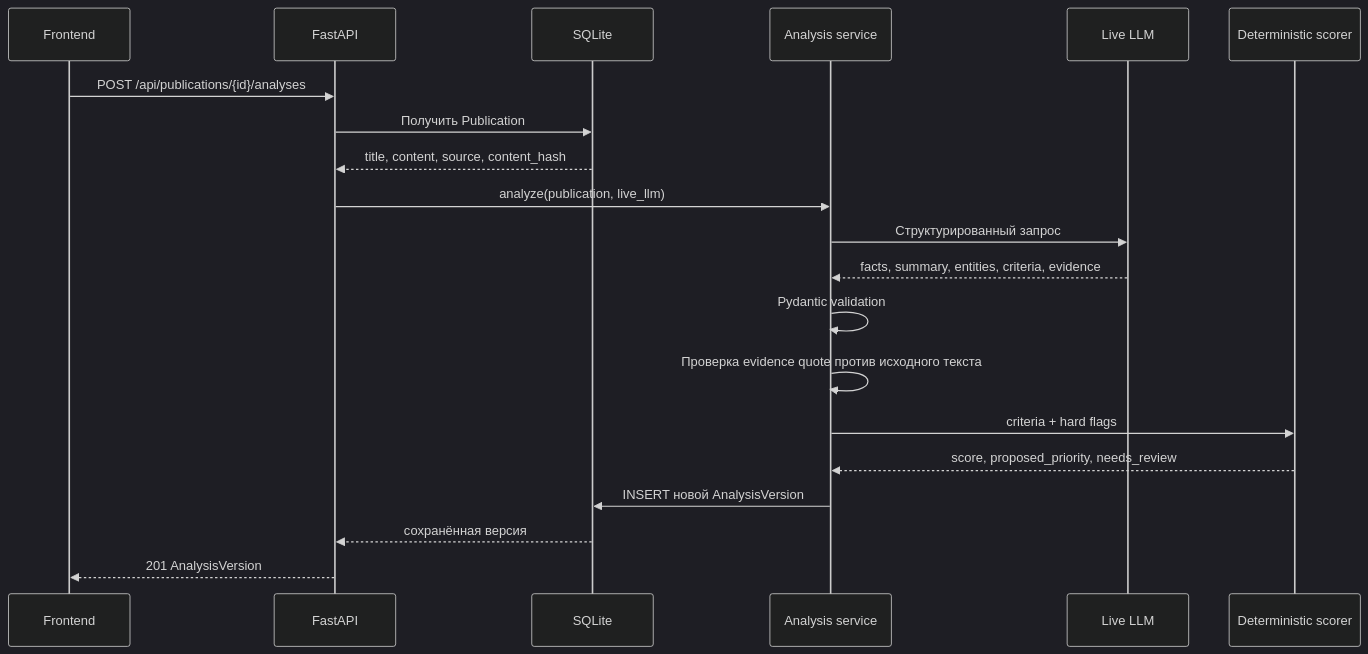
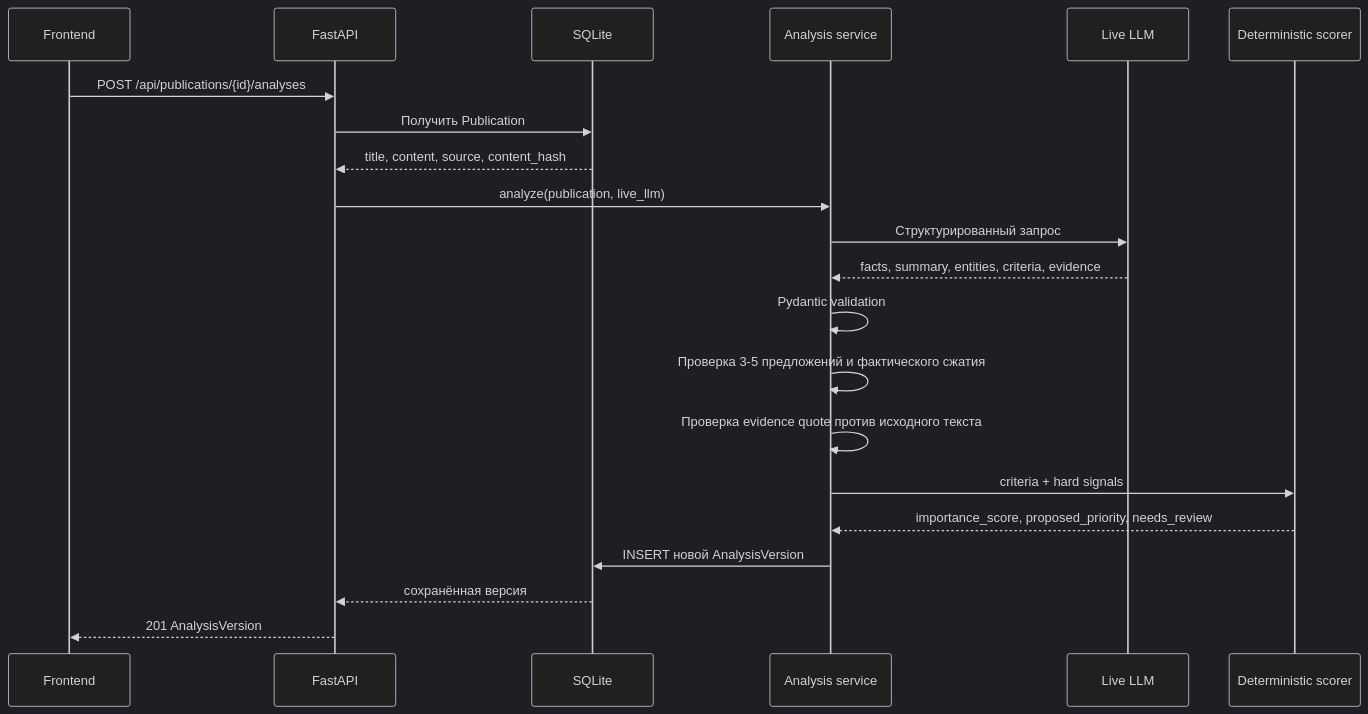
The third of 3 diagrams in docs/FULL_ARCHITECTURE.md (anvs11/hack), drawn with Mermaid (dark theme) before and after one commit. The commit also changed other lines of this file and 77 other files, not shown here.

````diff
--- a/docs/FULL_ARCHITECTURE.md
+++ b/docs/FULL_ARCHITECTURE.md
@@ -199,23 +207,24 @@
 ```mermaid
 sequenceDiagram
     participant UI as Frontend
     participant API as FastAPI
     participant DB as SQLite
     participant A as Analysis service
     participant LLM as Live LLM
     participant S as Deterministic scorer
 
     UI->>API: POST /api/publications/{id}/analyses
     API->>DB: Получить Publication
     DB-->>API: title, content, source, content_hash
     API->>A: analyze(publication, live_llm)
     A->>LLM: Структурированный запрос
     LLM-->>A: facts, summary, entities, criteria, evidence
     A->>A: Pydantic validation
+    A->>A: Проверка 3-5 предложений и фактического сжатия
     A->>A: Проверка evidence quote против исходного текста
-    A->>S: criteria + hard flags
-    S-->>A: score, proposed_priority, needs_review
+    A->>S: criteria + hard signals
+    S-->>A: importance_score, proposed_priority, needs_review
     A->>DB: INSERT новой AnalysisVersion
     DB-->>API: сохранённая версия
     API-->>UI: 201 AnalysisVersion
 ```
````
